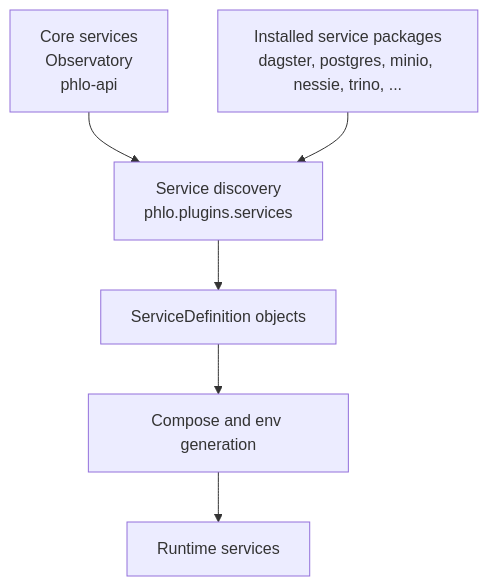
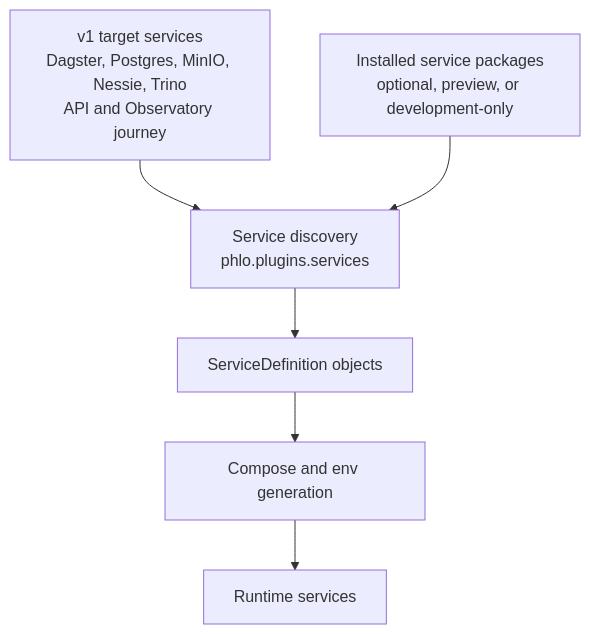
One commit to iamgp/phlo changed the diagram in docs/guides/service-packages.md. Above: the diagram before and after it, drawn with Mermaid. The commit also changed other lines of this file and 29 other files, not shown here.

````diff
--- a/docs/guides/service-packages.md
+++ b/docs/guides/service-packages.md
@@ -10,12 +10,12 @@
 ```mermaid
 flowchart TB
-    core["Core services<br/>Observatory<br/>phlo-api"]
-    packages["Installed service packages<br/>dagster, postgres, minio, nessie, trino, ..."]
+    core["v1 target services<br/>Dagster, Postgres, MinIO, Nessie, Trino<br/>API and Observatory journey"]
+    packages["Installed service packages<br/>optional, preview, or development-only"]
     discovery["Service discovery<br/>phlo.plugins.services"]
     definitions["ServiceDefinition objects"]
     compose["Compose and env generation"]
     runtime["Runtime services"]
 
     core --> discovery
     packages --> discovery --> definitions --> compose --> runtime
 ```
````
